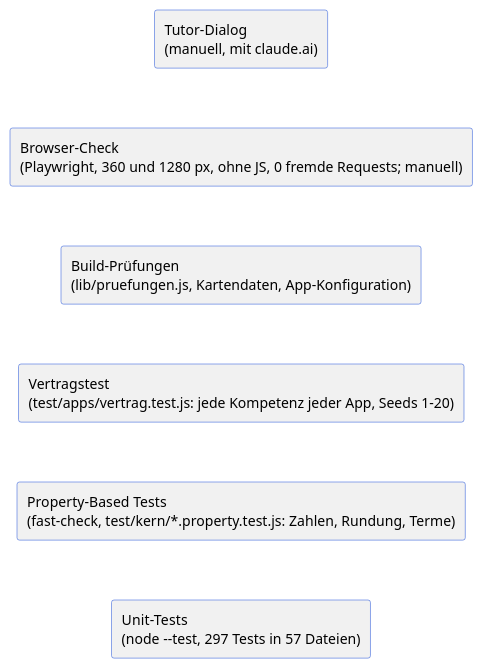
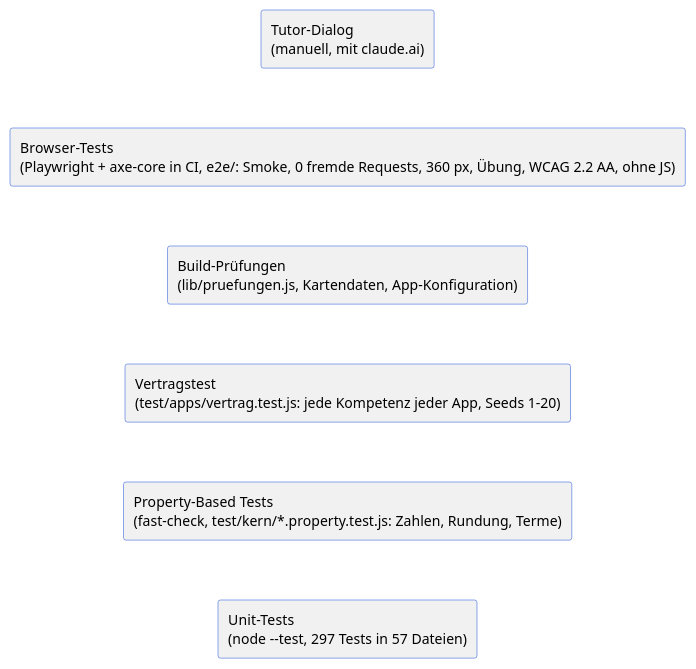
One commit to lernapps/lernapps.github.io changed the diagram in src/docs/arc42/chapters/08_concepts.adoc. Above: the diagram before and after it, drawn with PlantUML. The commit also changed other lines of this file and 9 other files, not shown here.

First line of the commit message:
docs: Browser-Tests in arc42 8.3, ADR-026, TD-5 erledigt, Harness-Rad (#26)

```diff
--- a/src/docs/arc42/chapters/08_concepts.adoc
+++ b/src/docs/arc42/chapters/08_concepts.adoc
@@ -90,17 +90,17 @@
 [plantuml, target=testpyramide, format=svg]
 ....
 @startuml
 skinparam rectangleBorderColor #1d4ed8
 rectangle "Tutor-Dialog\n(manuell, mit claude.ai)" as t5
-rectangle "Browser-Check\n(Playwright, 360 und 1280 px, ohne JS, 0 fremde Requests; manuell)" as t4
+rectangle "Browser-Tests\n(Playwright + axe-core in CI, e2e/: Smoke, 0 fremde Requests, 360 px, Übung, WCAG 2.2 AA, ohne JS)" as t4
 rectangle "Build-Prüfungen\n(lib/pruefungen.js, Kartendaten, App-Konfiguration)" as t3
 rectangle "Vertragstest\n(test/apps/vertrag.test.js: jede Kompetenz jeder App, Seeds 1–20)" as t2
 rectangle "Property-Based Tests\n(fast-check, test/kern/*.property.test.js: Zahlen, Rundung, Terme)" as t1b
 rectangle "Unit-Tests\n(node --test, 297 Tests in 57 Dateien)" as t1
 t5 -[hidden]- t4
 t4 -[hidden]- t3
 t3 -[hidden]- t2
 t2 -[hidden]- t1b
 t1b -[hidden]- t1
 @enduml
 ....
```
